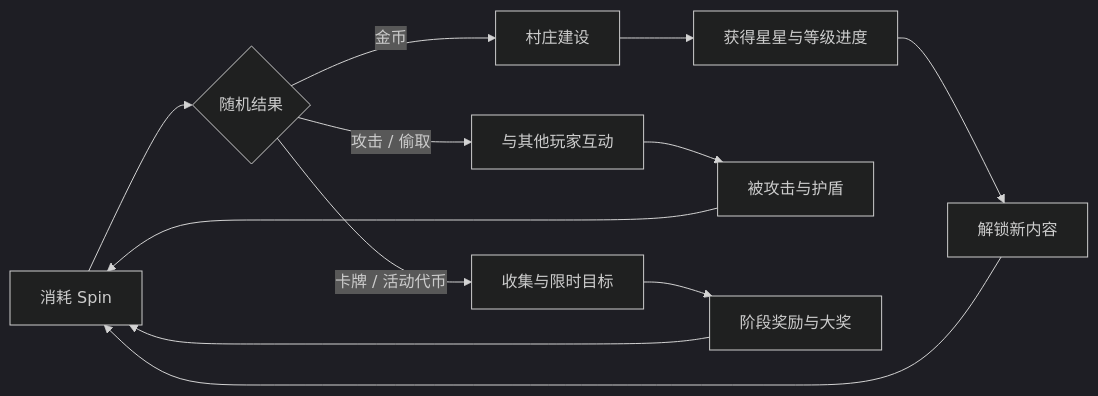
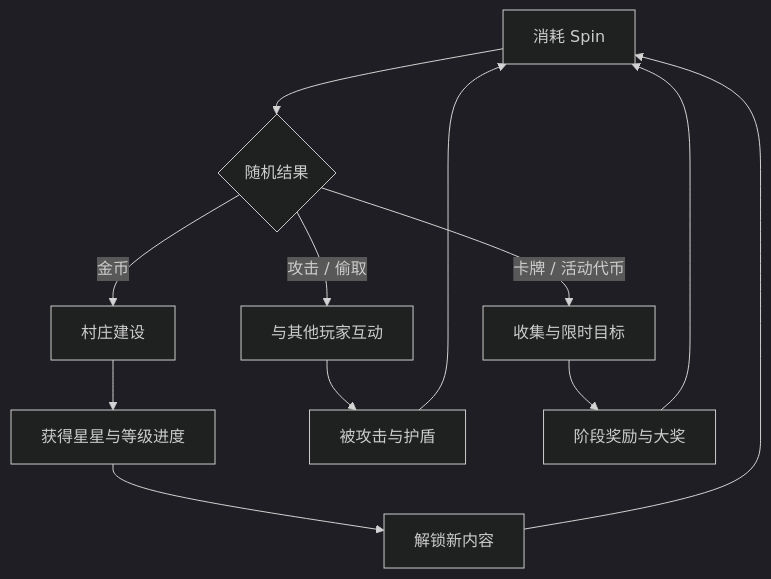
One commit to fantasticdzw/Coin-Master-Teardown changed the first of 6 diagrams in report.md. Above: the diagram before and after it, drawn with Mermaid (dark theme). The commit also changed other lines of this file, not shown here.

Commit message:
Improve diagram layout for narrower screens

````diff
--- a/report.md
+++ b/report.md
@@ -35,14 +35,14 @@
 ```mermaid
-flowchart LR
+flowchart TD
     A[消耗 Spin] --> B{随机结果}
     B -->|金币| C[村庄建设]
     B -->|攻击 / 偷取| D[与其他玩家互动]
     B -->|卡牌 / 活动代币| E[收集与限时目标]
     C --> F[获得星星与等级进度]
     F --> G[解锁新内容]
     D --> H[被攻击与护盾]
     E --> I[阶段奖励与大奖]
     G --> A
     H --> A
     I --> A
 ```
````
